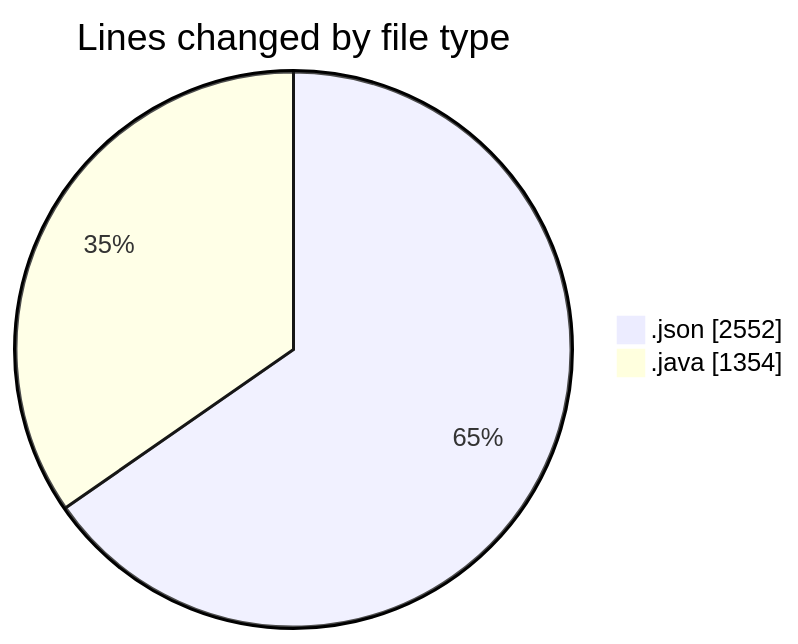
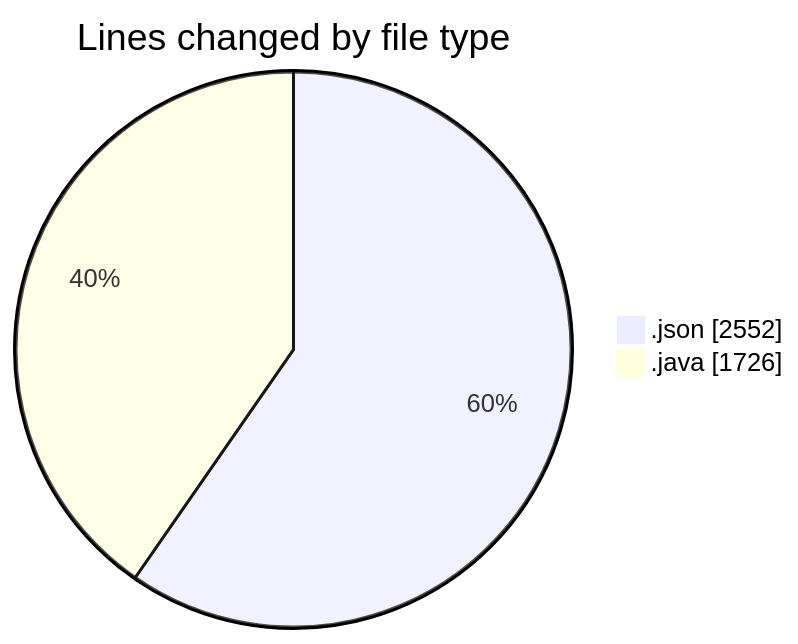
One commit to ricardozamudiocil/code-tracking changed the first of 2 diagrams in 2026-10-20/cilapp/README.md. Above: the diagram before and after it, drawn with Mermaid. The commit also changed other lines of this file and 1 other file, not shown here.

````diff
--- a/2026-10-20/cilapp/README.md
+++ b/2026-10-20/cilapp/README.md
@@ -24,6 +26,6 @@
 ```mermaid
 pie showData
 title Lines changed by file type
 ".json" : 2552
-".java" : 1354
+".java" : 1726
 ```
````
